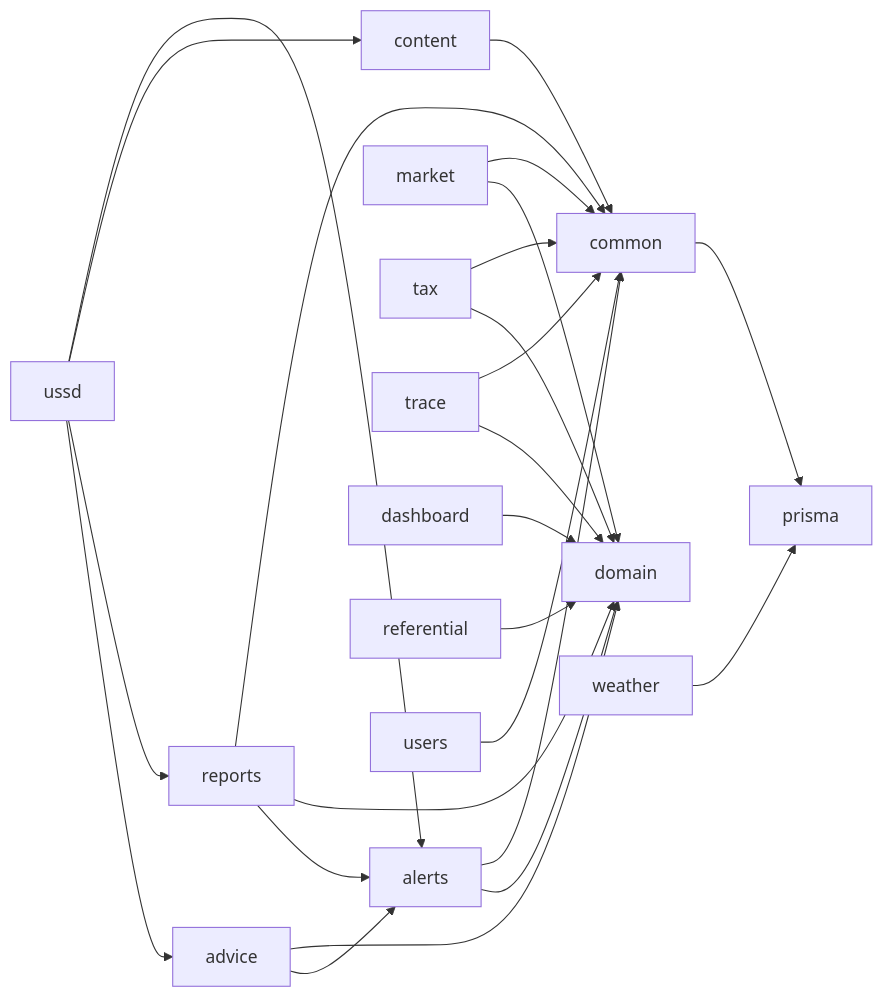
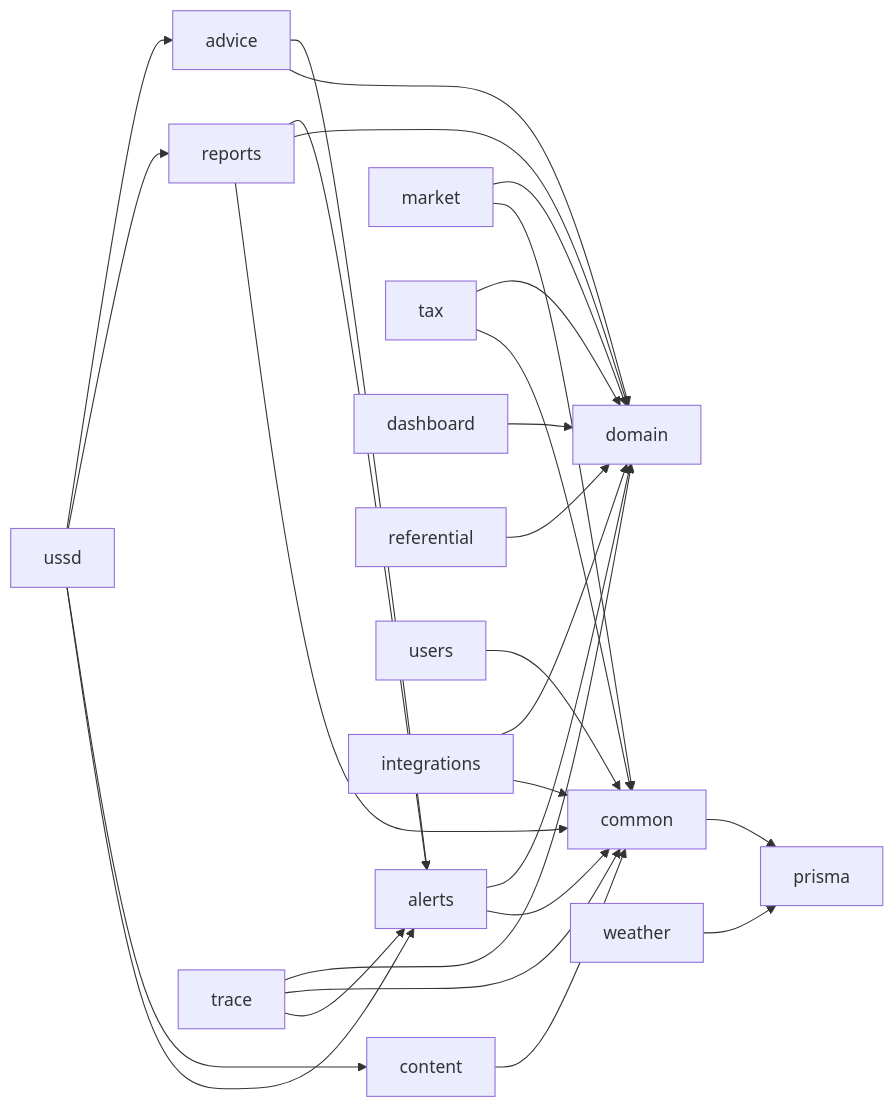
One commit to misterkante/alerteagri changed the diagram in docs/architecture/packages.md. Above: the diagram before and after it, drawn with Mermaid. The commit also changed other lines of this file and 18 other files, not shown here.

First line of the commit message:
docs: pentest of the live API, class diagrams for every package, V2 in README, issues and demo

````diff
--- a/docs/architecture/packages.md
+++ b/docs/architecture/packages.md
@@ -24,10 +25,12 @@
 ```mermaid
 flowchart LR
   ussd --> advice & reports & content & alerts
   advice --> alerts
   reports --> alerts
   alerts & advice & reports & market & tax & trace & dashboard & referential --> domain
   alerts & reports & users & content & market & tax & trace --> common
   weather --> prisma
   common --> prisma
+  integrations --> domain & common
+  trace --> alerts
 ```
````
